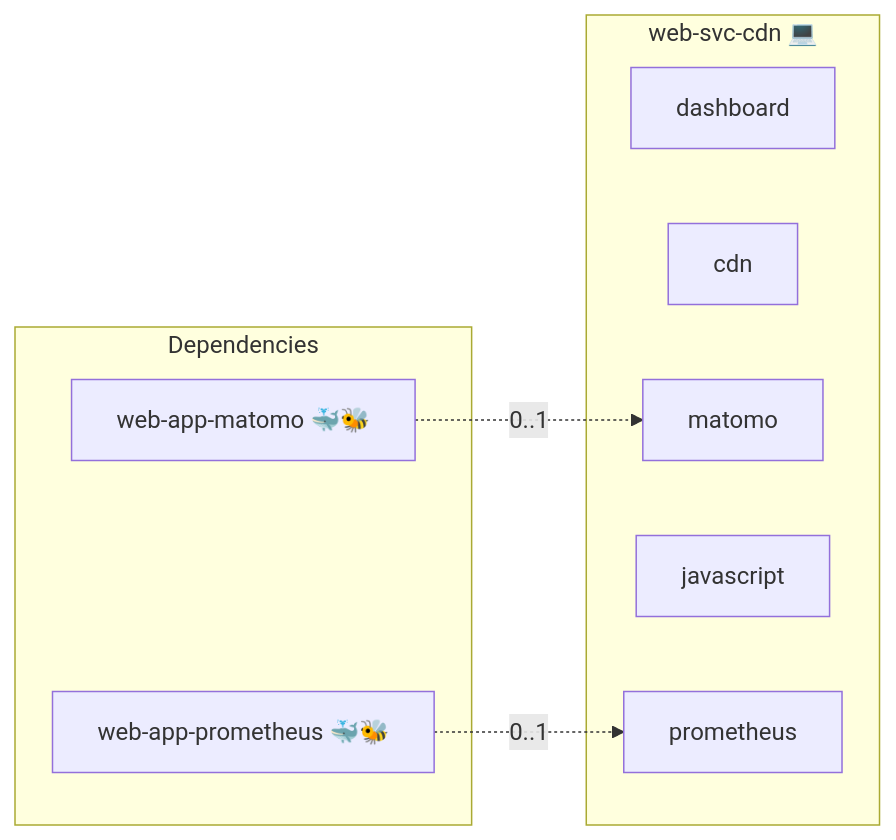
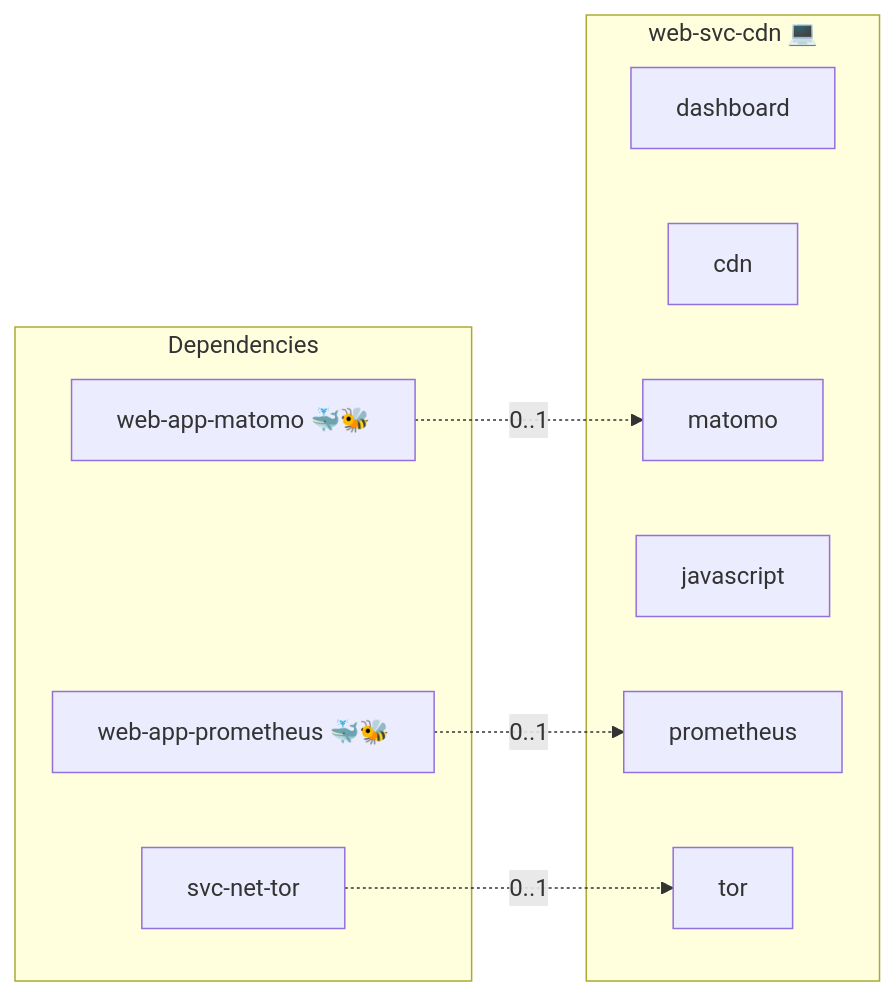
One commit to infinito-nexus/core changed the diagram in roles/web-svc-cdn/README.md. Above: the diagram before and after it, drawn with Mermaid. The commit also changed 101 other files, not shown here.

````diff
--- a/roles/web-svc-cdn/README.md
+++ b/roles/web-svc-cdn/README.md
@@ -17,16 +17,19 @@
 ```mermaid
 flowchart LR
     subgraph deps [Dependencies]
+        dep_svc_net_tor["svc-net-tor"]
         dep_web_app_matomo["web-app-matomo 🐳🐝"]
         dep_web_app_prometheus["web-app-prometheus 🐳🐝"]
     end
     subgraph role [web-svc-cdn 💻]
         svc_dashboard["dashboard"]
         svc_cdn["cdn"]
         svc_matomo["matomo"]
         svc_javascript["javascript"]
         svc_prometheus["prometheus"]
+        svc_tor["tor"]
     end
+    dep_svc_net_tor -. "0..1" .-> svc_tor
     dep_web_app_matomo -. "0..1" .-> svc_matomo
     dep_web_app_prometheus -. "0..1" .-> svc_prometheus
 ```
````
